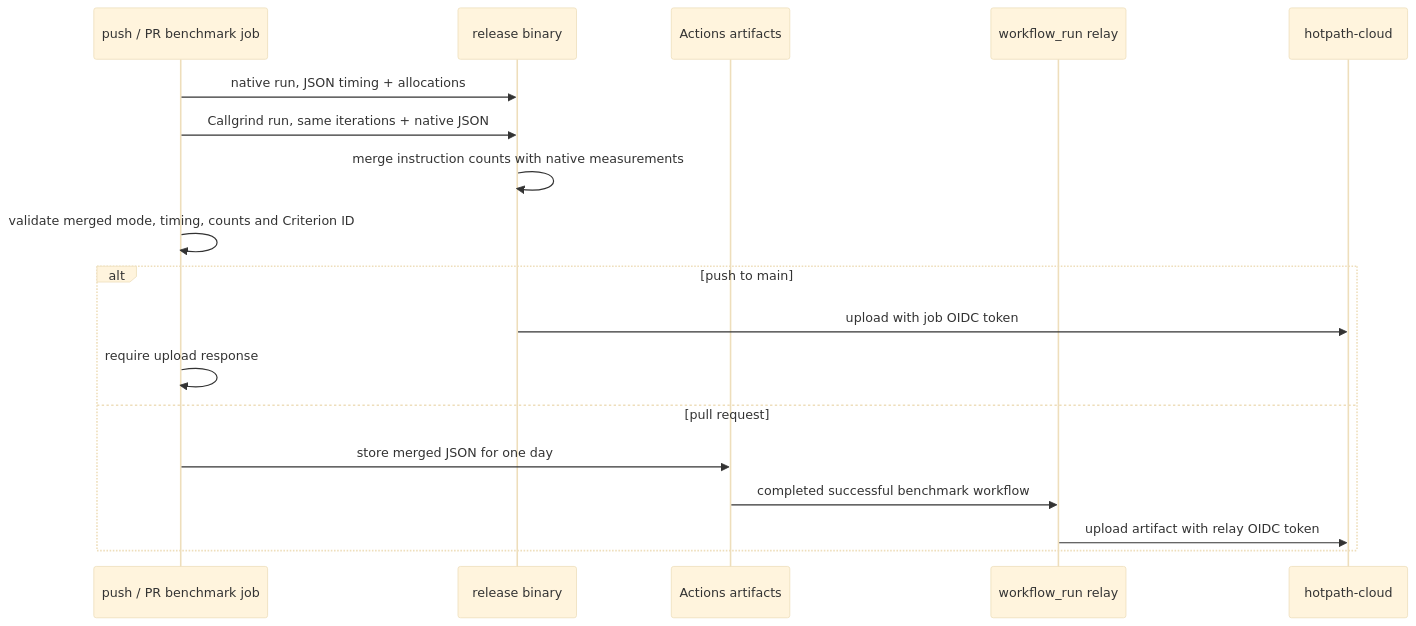
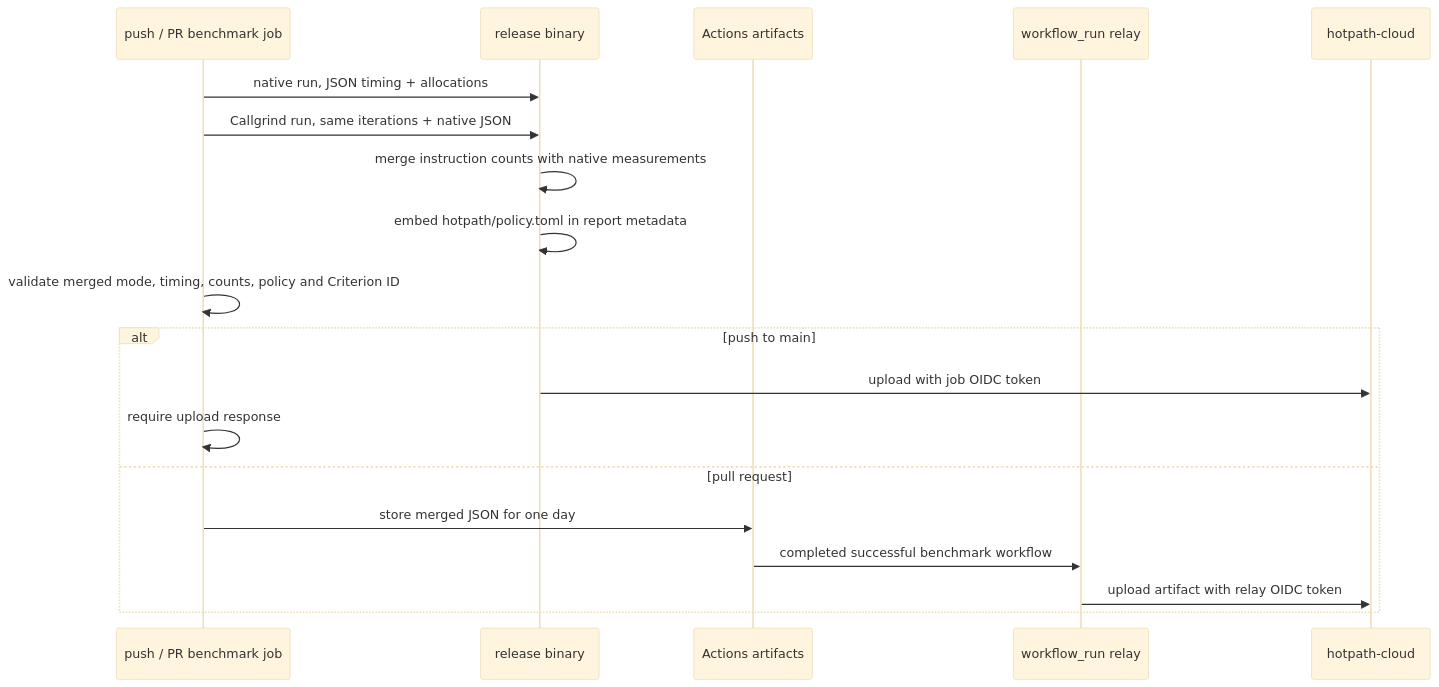
Before and after one commit to M-Compressors/mopenzl: the third of 3 diagrams in architecture/ci.md, drawn with Mermaid (base theme). The commit also changed other lines of this file and 4 other files, not shown here.

Commit message:
Add hotpath policy

````diff
--- a/architecture/ci.md
+++ b/architecture/ci.md
@@ -95,20 +95,21 @@
 ```mermaid
 sequenceDiagram
     participant W as push / PR benchmark job
     participant B as release binary
     participant A as Actions artifacts
     participant R as workflow_run relay
     participant C as hotpath-cloud
     W->>B: native run, JSON timing + allocations
     W->>B: Callgrind run, same iterations + native JSON
     B->>B: merge instruction counts with native measurements
-    W->>W: validate merged mode, timing, counts and Criterion ID
+    B->>B: embed hotpath/policy.toml in report metadata
+    W->>W: validate merged mode, timing, counts, policy and Criterion ID
     alt push to main
         B->>C: upload with job OIDC token
         W->>W: require upload response
     else pull request
         W->>A: store merged JSON for one day
         A->>R: completed successful benchmark workflow
         R->>C: upload artifact with relay OIDC token
     end
 ```
````
